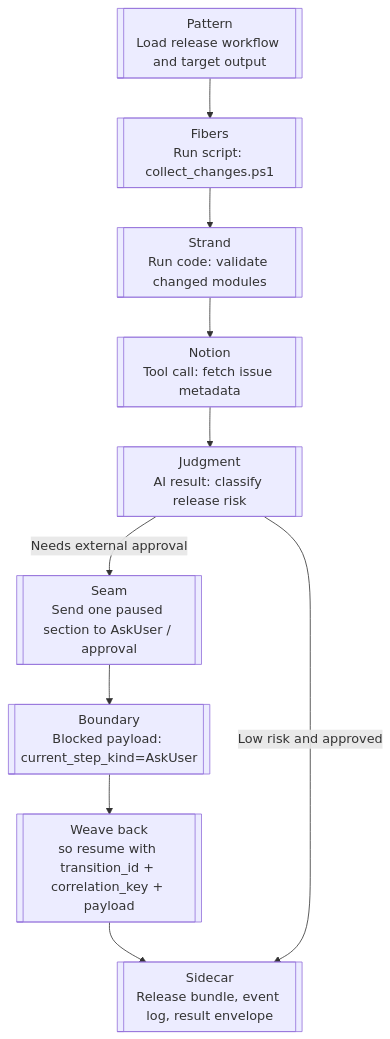
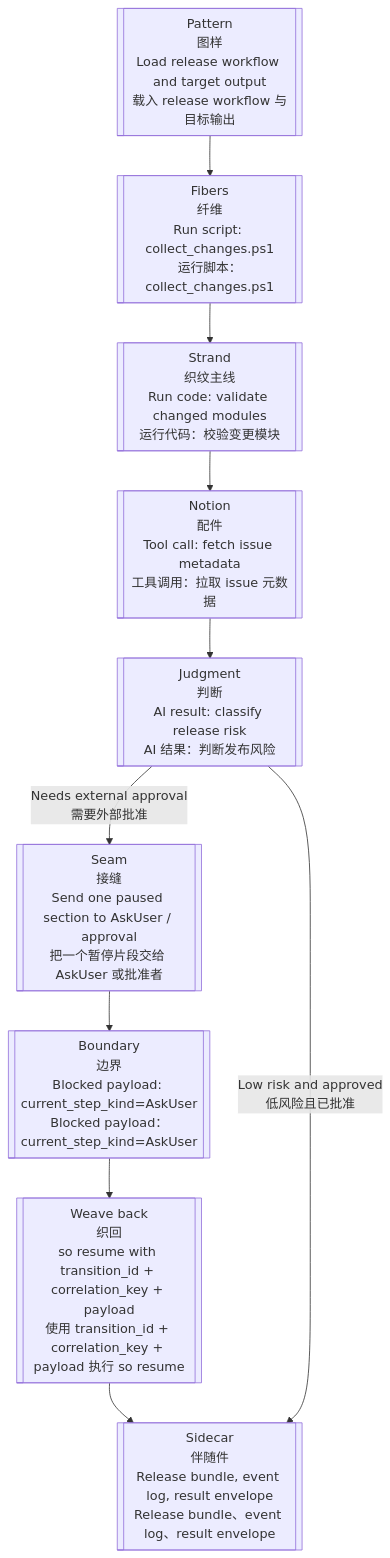
One commit to waynebaby/Techne-Loom changed the second of 2 diagrams in docs/en/architecture/workflow-terminology.md. Above: the diagram before and after it, drawn with Mermaid. The commit also changed other lines of this file and 13 other files, not shown here.

````diff
--- a/docs/en/architecture/workflow-terminology.md
+++ b/docs/en/architecture/workflow-terminology.md
@@ -114,12 +146,12 @@
 ```mermaid
 flowchart TD
-    A[[Pattern\nLoad release workflow and target output]] --> B[[Fibers\nRun script: collect_changes.ps1]]
-    B --> C[[Strand\nRun code: validate changed modules]]
-    C --> D[[Notion\nTool call: fetch issue metadata]]
-    D --> E[[Judgment\nAI result: classify release risk]]
-    E -->|Needs external approval| F[[Seam\nSend one paused section to AskUser / approval]]
-    F --> G[[Boundary\nBlocked payload: current_step_kind=AskUser]]
-    G --> H[[Weave back\nso resume with transition_id + correlation_key + payload]]
-    H --> I[[Sidecar\nRelease bundle, event log, result envelope]]
-    E -->|Low risk and approved| I
+    A[[Pattern<br/>图样<br/>Load release workflow and target output<br/>载入 release workflow 与目标输出]] --> B[[Fibers<br/>纤维<br/>Run script: collect_changes.ps1<br/>运行脚本：collect_changes.ps1]]
+    B --> C[[Strand<br/>织纹主线<br/>Run code: validate changed modules<br/>运行代码：校验变更模块]]
+    C --> D[[Notion<br/>配件<br/>Tool call: fetch issue metadata<br/>工具调用：拉取 issue 元数据]]
+    D --> E[[Judgment<br/>判断<br/>AI result: classify release risk<br/>AI 结果：判断发布风险]]
+    E -->|Needs external approval<br/>需要外部批准| F[[Seam<br/>接缝<br/>Send one paused section to AskUser / approval<br/>把一个暂停片段交给 AskUser 或批准者]]
+    F --> G[[Boundary<br/>边界<br/>Blocked payload: current_step_kind=AskUser<br/>Blocked payload：current_step_kind=AskUser]]
+    G --> H[[Weave back<br/>织回<br/>so resume with transition_id + correlation_key + payload<br/>使用 transition_id + correlation_key + payload 执行 so resume]]
+    H --> I[[Sidecar<br/>伴随件<br/>Release bundle, event log, result envelope<br/>Release bundle、event log、result envelope]]
+    E -->|Low risk and approved<br/>低风险且已批准| I
 ```
````
